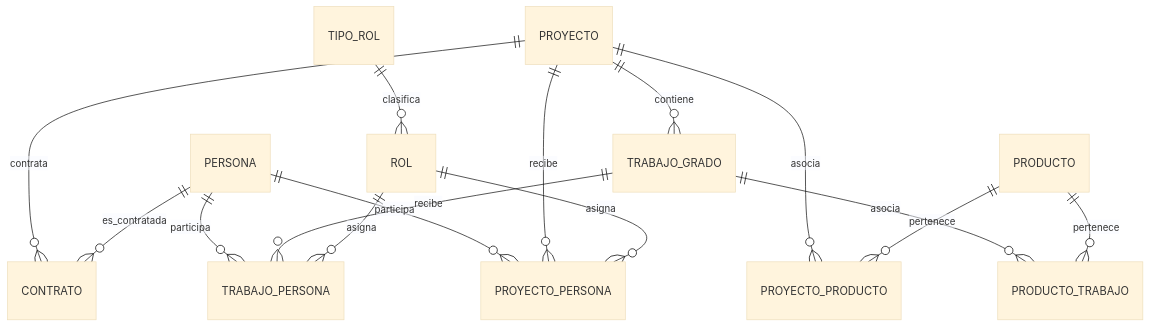
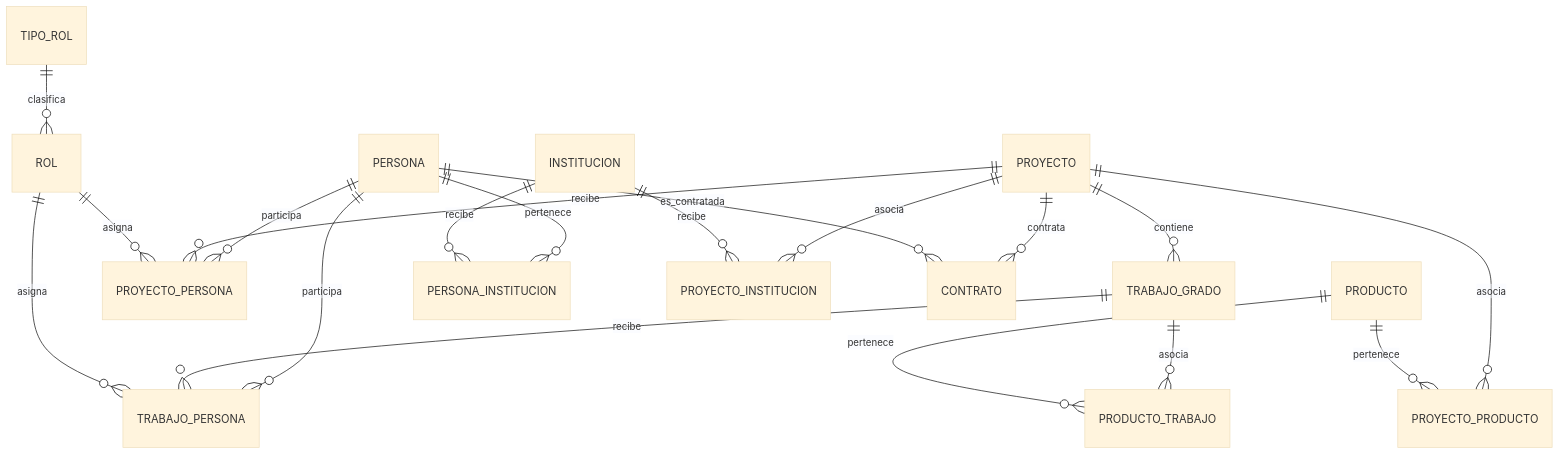
Before and after one commit to SantiagoSo2425/Proyecto-Laboratorio: the diagram in docs/BASE_DATOS.md, drawn with Mermaid (base theme). The commit also changed other lines of this file and 45 other files, not shown here.

````diff
--- a/docs/BASE_DATOS.md
+++ b/docs/BASE_DATOS.md
@@ -39,22 +44,28 @@
 ```mermaid
 erDiagram
     TIPO_ROL ||--o{ ROL : clasifica
     PROYECTO ||--o{ TRABAJO_GRADO : contiene
 
     PERSONA ||--o{ PROYECTO_PERSONA : participa
     PROYECTO ||--o{ PROYECTO_PERSONA : recibe
     ROL ||--o{ PROYECTO_PERSONA : asigna
 
     PERSONA ||--o{ TRABAJO_PERSONA : participa
     TRABAJO_GRADO ||--o{ TRABAJO_PERSONA : recibe
     ROL ||--o{ TRABAJO_PERSONA : asigna
 
     PROYECTO ||--o{ PROYECTO_PRODUCTO : asocia
     PRODUCTO ||--o{ PROYECTO_PRODUCTO : pertenece
 
+    PERSONA ||--o{ PERSONA_INSTITUCION : pertenece
+    INSTITUCION ||--o{ PERSONA_INSTITUCION : recibe
+
+    PROYECTO ||--o{ PROYECTO_INSTITUCION : asocia
+    INSTITUCION ||--o{ PROYECTO_INSTITUCION : recibe
+
     TRABAJO_GRADO ||--o{ PRODUCTO_TRABAJO : asocia
     PRODUCTO ||--o{ PRODUCTO_TRABAJO : pertenece
 
     PROYECTO ||--o{ CONTRATO : contrata
     PERSONA ||--o{ CONTRATO : es_contratada
 ```
````
